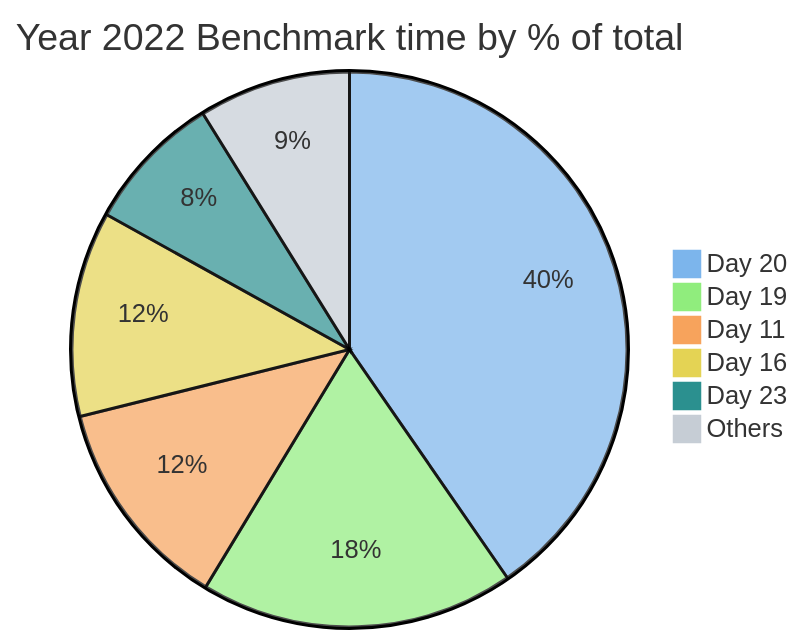
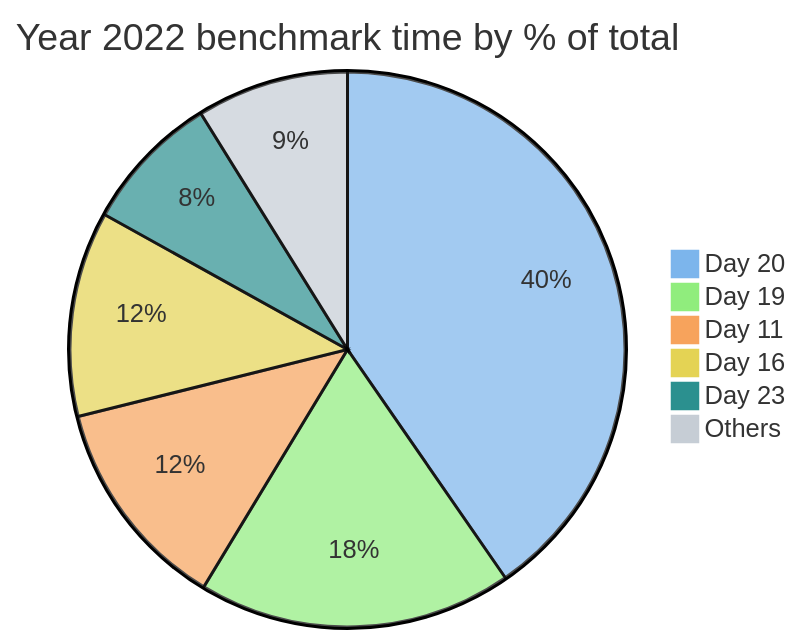
One commit to maneatingape/advent-of-code-rust changed the second of 4 diagrams in README.md. Above: the diagram before and after it, drawn with Mermaid. The commit also changed other lines of this file and 2 other files, not shown here.

````diff
--- a/README.md
+++ b/README.md
@@ -61,11 +61,11 @@
 ```mermaid
 %%{init: {'theme': 'base', 'themeVariables': { 'pie1': '#7cb5ec', 'pie2': '#90ed7d', 'pie3': '#f7a35c', 'pie4': '#e4d354', 'pie5': '#2b908f', 'pie6': '#c6cdd5'}}}%%
 pie
-    title Year 2022 Benchmark time by % of total
+    title Year 2022 benchmark time by % of total
     "Day 20" : 7509
     "Day 19" : 3402
     "Day 11" : 2317
     "Day 16" : 2222
     "Day 23" : 1503
     "Others" : 1646
 ```
````
